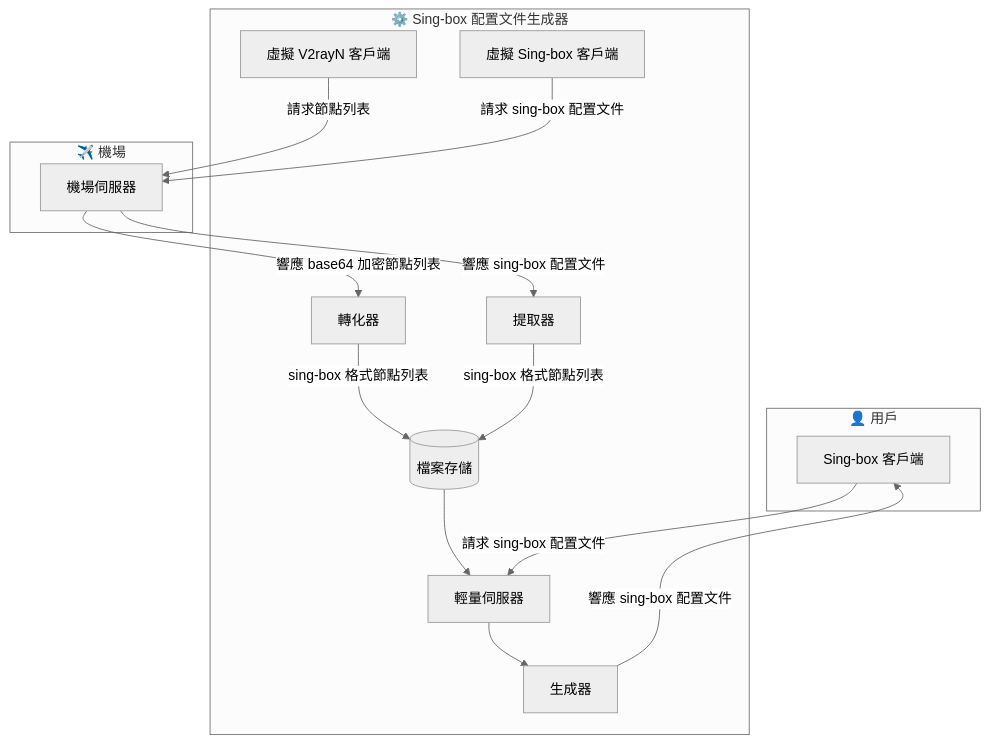
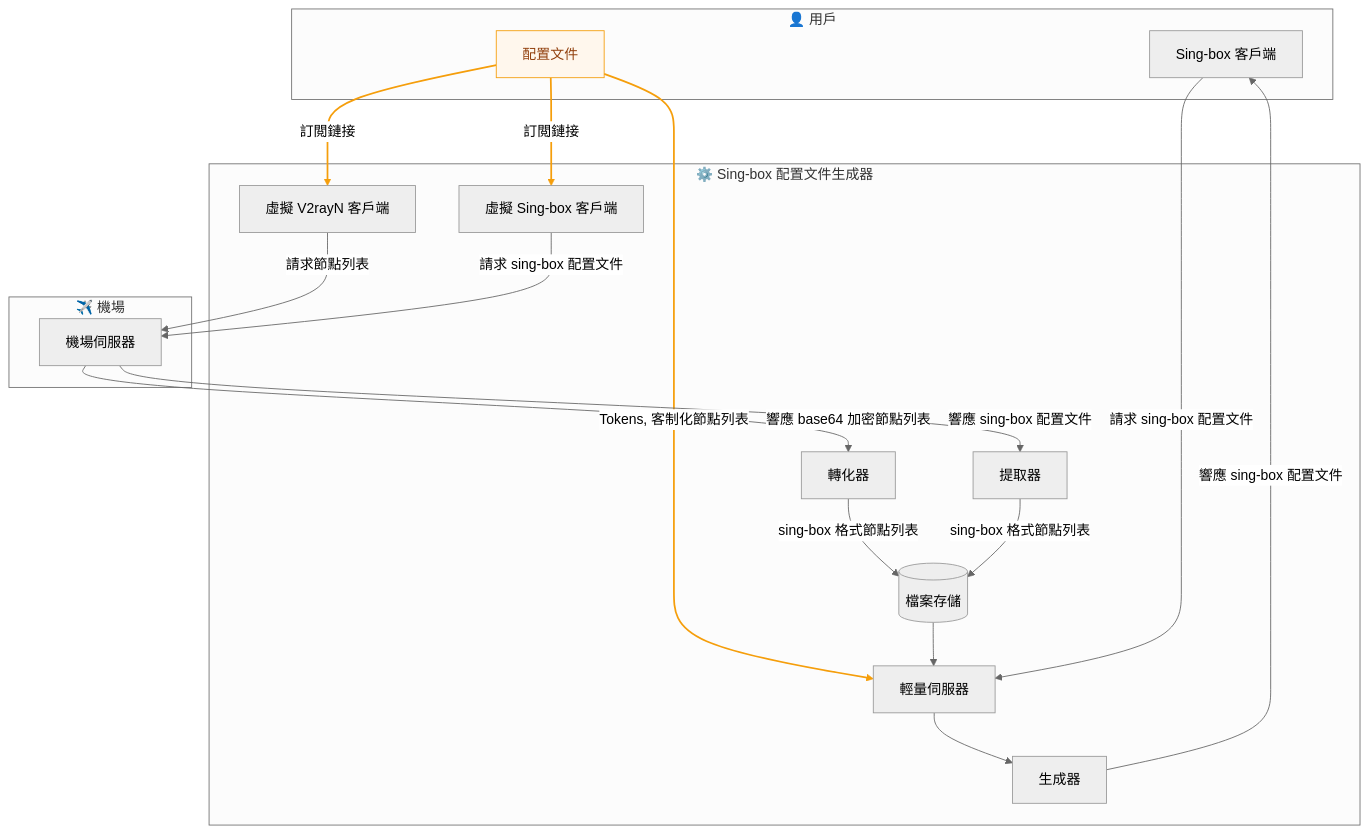
One commit to JJ-Jacko/sb_cfg_gen changed the diagram in README_zh_hk.md. Above: the diagram before and after it, drawn with Mermaid (neutral theme). The commit also changed 2 other files, not shown here.

Commit message:
feat(README.Structure): Configuration file.

````diff
--- a/README_zh_hk.md
+++ b/README_zh_hk.md
@@ -44,34 +44,43 @@
 ```mermaid
 flowchart
     subgraph User["👤 用戶"]
         sb_client["Sing-box 客戶端"]
+        configuration["配置文件"]
     end
 
     subgraph System["⚙️ Sing-box 配置文件生成器"]
         virtual_v2rayn_client["虛擬 V2rayN 客戶端"]
         virtual_sb_client["虛擬 Sing-box 客戶端"]
         parser["轉化器"]
         filter["提取器"]
         store[(檔案存儲)]
         lite_server["輕量伺服器"]
         generator["生成器"]
     end
 
     subgraph Airport["✈️ 機場"]
         airport_server["機場伺服器"]
     end
 
+    configuration -->|Tokens, 客制化節點列表| lite_server
+    configuration -->|訂閲鏈接| virtual_v2rayn_client
+    configuration -->|訂閲鏈接| virtual_sb_client
+
     virtual_v2rayn_client -->|請求節點列表| airport_server
     virtual_sb_client -->|請求 sing-box 配置文件| airport_server
 
     airport_server -->|響應 base64 加密節點列表| parser
     airport_server -->|響應 sing-box 配置文件| filter
 
     parser -->|sing-box 格式節點列表| store
     filter -->|sing-box 格式節點列表| store
 
     store --> lite_server
     sb_client -->|請求 sing-box 配置文件| lite_server
     lite_server --> generator
     generator -->|響應 sing-box 配置文件| sb_client
+
+    classDef orange fill:#FFF7ED,stroke:#F59E0B,color:#92400E;
+    class configuration orange;
+    linkStyle 0,1,2 stroke:#F59E0B,stroke-width:2px
 ```
````
